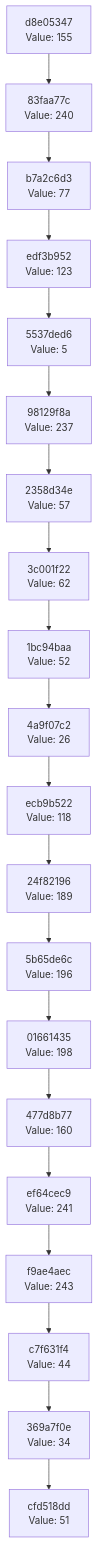
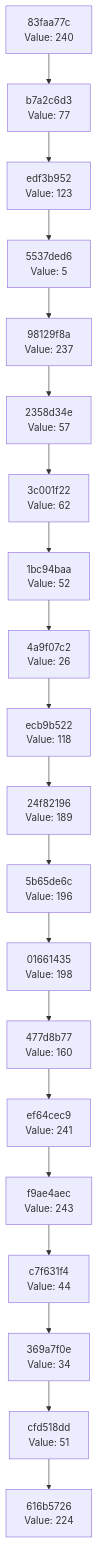
The diagram in docs/CHAIN_VISUALIZATION.md (Abhisheksinha1506/hash-chain-evolver), drawn with Mermaid before and after one commit. The commit also changed 3 other files, not shown here.

````diff
--- a/docs/CHAIN_VISUALIZATION.md
+++ b/docs/CHAIN_VISUALIZATION.md
@@ -3,42 +3,42 @@
 ```mermaid
 graph TD
-    C0["cfd518dd<br/>Value: 51"]
-    C1["369a7f0e<br/>Value: 34"]
+    C0["616b5726<br/>Value: 224"]
+    C1["cfd518dd<br/>Value: 51"]
     C1 --> C0
-    C2["c7f631f4<br/>Value: 44"]
+    C2["369a7f0e<br/>Value: 34"]
     C2 --> C1
-    C3["f9ae4aec<br/>Value: 243"]
+    C3["c7f631f4<br/>Value: 44"]
     C3 --> C2
-    C4["ef64cec9<br/>Value: 241"]
+    C4["f9ae4aec<br/>Value: 243"]
     C4 --> C3
-    C5["477d8b77<br/>Value: 160"]
+    C5["ef64cec9<br/>Value: 241"]
     C5 --> C4
-    C6["01661435<br/>Value: 198"]
+    C6["477d8b77<br/>Value: 160"]
     C6 --> C5
-    C7["5b65de6c<br/>Value: 196"]
+    C7["01661435<br/>Value: 198"]
     C7 --> C6
-    C8["24f82196<br/>Value: 189"]
+    C8["5b65de6c<br/>Value: 196"]
     C8 --> C7
-    C9["ecb9b522<br/>Value: 118"]
+    C9["24f82196<br/>Value: 189"]
     C9 --> C8
-    C10["4a9f07c2<br/>Value: 26"]
+    C10["ecb9b522<br/>Value: 118"]
     C10 --> C9
-    C11["1bc94baa<br/>Value: 52"]
+    C11["4a9f07c2<br/>Value: 26"]
     C11 --> C10
-    C12["3c001f22<br/>Value: 62"]
+    C12["1bc94baa<br/>Value: 52"]
     C12 --> C11
-    C13["2358d34e<br/>Value: 57"]
+    C13["3c001f22<br/>Value: 62"]
     C13 --> C12
-    C14["98129f8a<br/>Value: 237"]
+    C14["2358d34e<br/>Value: 57"]
     C14 --> C13
-    C15["5537ded6<br/>Value: 5"]
+    C15["98129f8a<br/>Value: 237"]
     C15 --> C14
-    C16["edf3b952<br/>Value: 123"]
+    C16["5537ded6<br/>Value: 5"]
     C16 --> C15
-    C17["b7a2c6d3<br/>Value: 77"]
+    C17["edf3b952<br/>Value: 123"]
     C17 --> C16
-    C18["83faa77c<br/>Value: 240"]
+    C18["b7a2c6d3<br/>Value: 77"]
     C18 --> C17
-    C19["d8e05347<br/>Value: 155"]
+    C19["83faa77c<br/>Value: 240"]
     C19 --> C18
 ```
````
